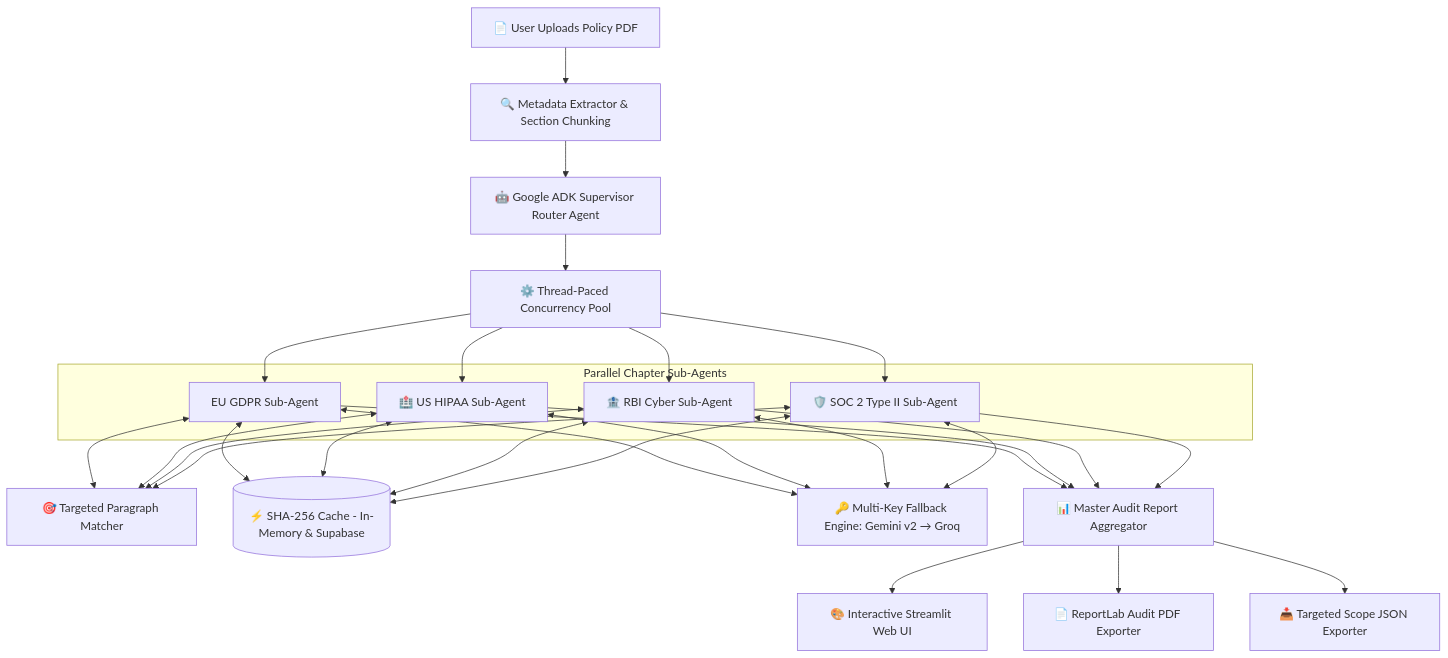
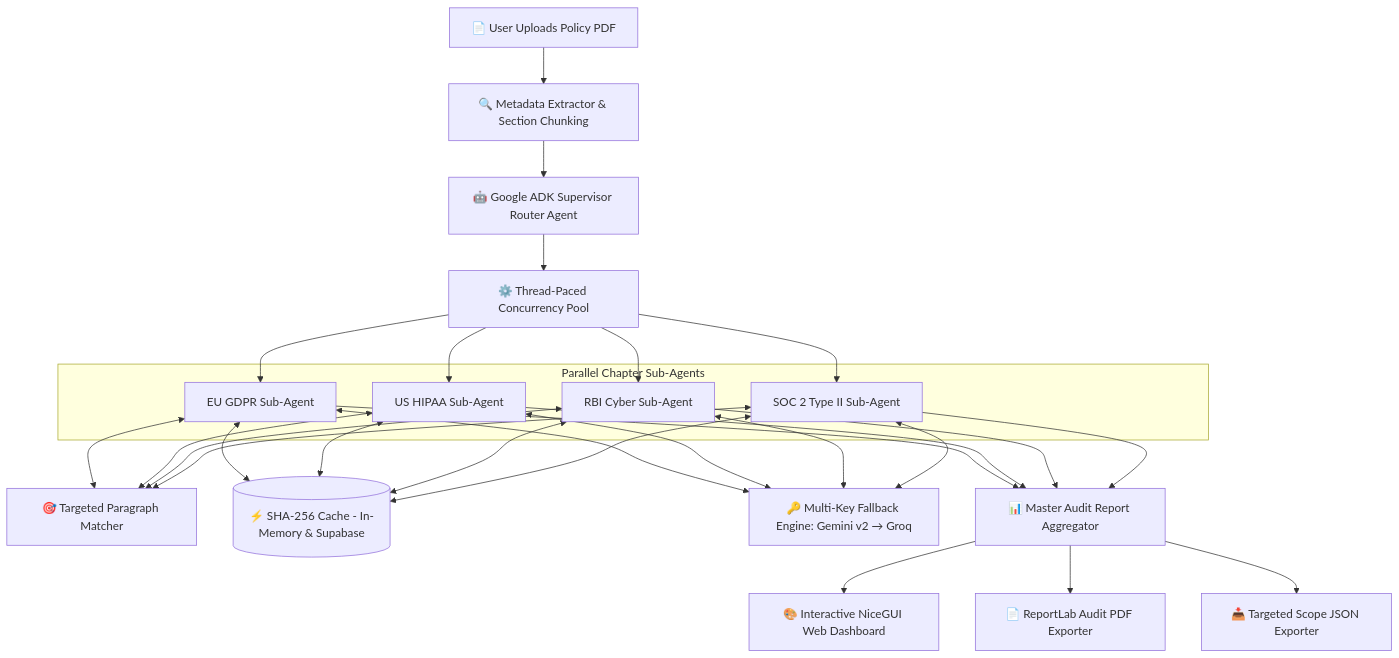
One commit to YashVaswani/LexMesh changed the diagram in README.md. Above: the diagram before and after it, drawn with Mermaid. The commit also changed other lines of this file and 18 other files, not shown here.

Commit message:
feat: complete NiceGUI migration, Sage and Beige theme, Lucide vector icons, and report export fixes

````diff
--- a/README.md
+++ b/README.md
@@ -40,25 +41,25 @@
 ```mermaid
 flowchart TD
     A[📄 User Uploads Policy PDF] --> B[🔍 Metadata Extractor & Section Chunking]
     B --> C[🤖 Google ADK Supervisor Router Agent]
     C --> D[⚙️ Thread-Paced Concurrency Pool]
     
     subgraph ParallelSubAgents [Parallel Chapter Sub-Agents]
-        E1[ EU GDPR Sub-Agent]
-        E2[🏥 US HIPAA Sub-Agent]
-        E3[🏦 RBI Cyber Sub-Agent]
-        E4[🛡️ SOC 2 Type II Sub-Agent]
+        E1[EU GDPR Sub-Agent]
+        E2[US HIPAA Sub-Agent]
+        E3[RBI Cyber Sub-Agent]
+        E4[SOC 2 Type II Sub-Agent]
     end
     
     D --> E1 & E2 & E3 & E4
     
     E1 & E2 & E3 & E4 <--> F[🎯 Targeted Paragraph Matcher]
     E1 & E2 & E3 & E4 <--> G[(⚡ SHA-256 Cache - In-Memory & Supabase)]
     E1 & E2 & E3 & E4 <--> H[🔑 Multi-Key Fallback Engine: Gemini v2 → Groq]
     
     E1 & E2 & E3 & E4 --> I[📊 Master Audit Report Aggregator]
     
-    I --> J[🎨 Interactive Streamlit Web UI]
+    I --> J[🎨 Interactive NiceGUI Web Dashboard]
     I --> K[📄 ReportLab Audit PDF Exporter]
     I --> L[📥 Targeted Scope JSON Exporter]
 ```
````
